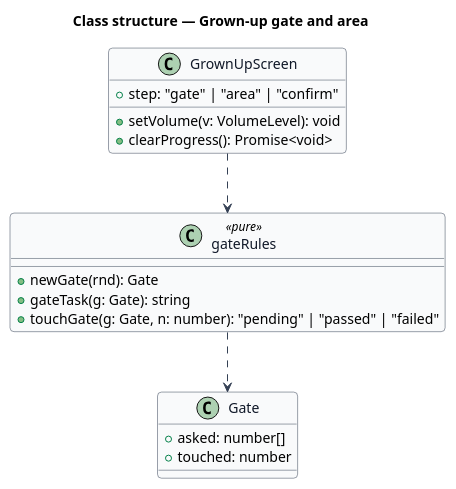
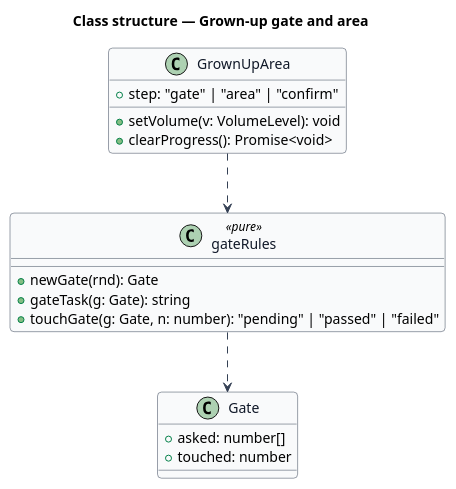
Before and after one commit to QuinntyneBrown/pibbo: the diagram in docs/detailed-designs/grown-up/grown-up-gate/diagrams/class.puml, drawn with PlantUML. The commit also changed 5 other files, not shown here.

First line of the commit message:
Record journey 24: the grown-up screen's names in the design, lessons learned, and the journey done

```diff
--- a/docs/detailed-designs/grown-up/grown-up-gate/diagrams/class.puml
+++ b/docs/detailed-designs/grown-up/grown-up-gate/diagrams/class.puml
@@ -1,30 +1,30 @@
 @startuml
 skinparam backgroundColor #FFFFFF
 skinparam shadowing false
 skinparam roundcorner 8
 skinparam defaultFontName Arial
 skinparam ArrowColor #344054
 skinparam class {
   BorderColor #344054
   FontColor #101828
   BackgroundColor #F9FAFB
 }
 title Class structure — Grown-up gate and area
 
 class Gate {
   +asked: number[]
   +touched: number
 }
 class gateRules <<pure>> {
   +newGate(rnd): Gate
   +gateTask(g: Gate): string
   +touchGate(g: Gate, n: number): "pending" | "passed" | "failed"
 }
-class GrownUpScreen {
+class GrownUpArea {
   +step: "gate" | "area" | "confirm"
   +setVolume(v: VolumeLevel): void
   +clearProgress(): Promise<void>
 }
 gateRules ..> Gate
-GrownUpScreen ..> gateRules
+GrownUpArea ..> gateRules
 @enduml
```
